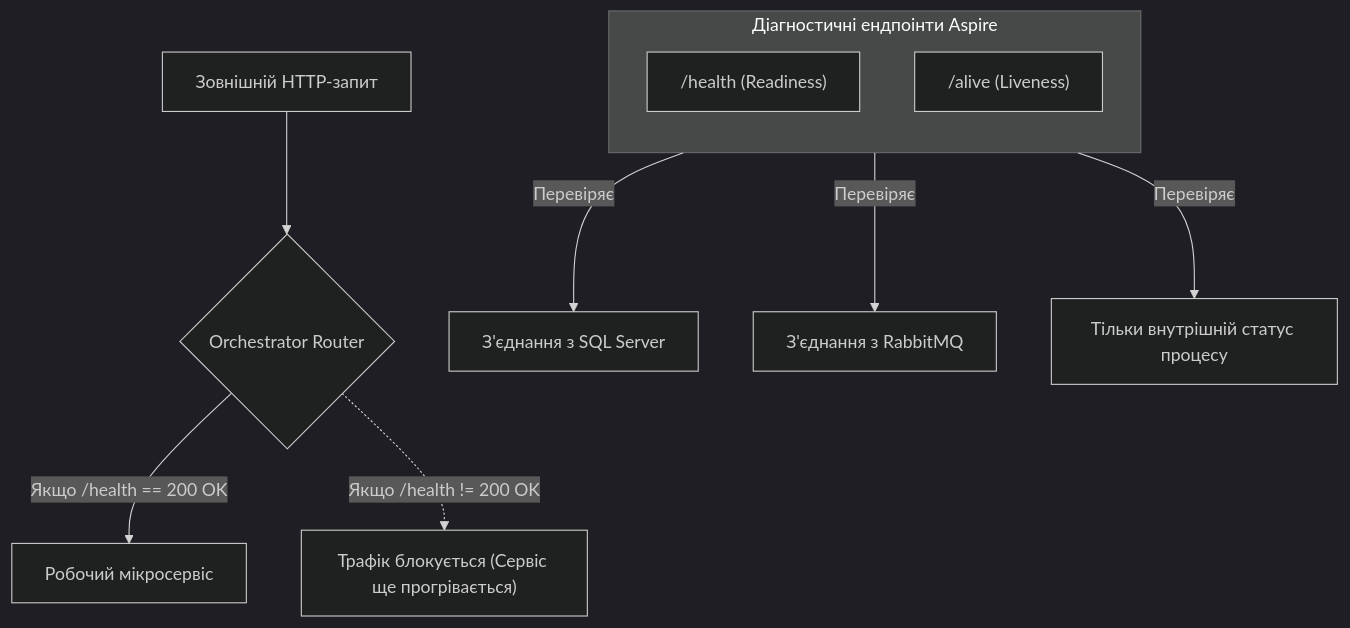
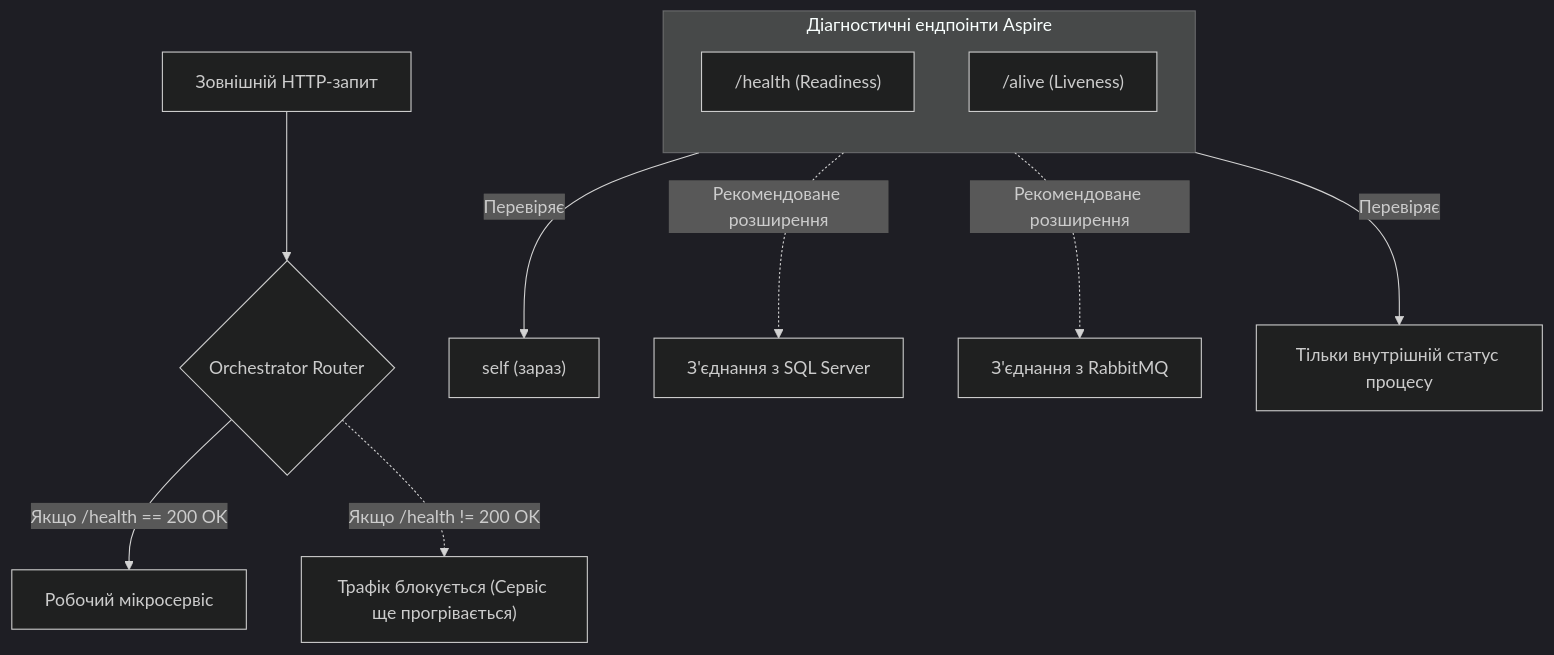
One commit to MrTomkaYurii/Demo-CargoDeliveryService changed the sixth of 8 diagrams in 02-Microservices-Craftsman/02-01-Aspire-Documentation/02-01-Aspire-MasterClass.md. Above: the diagram before and after it, drawn with Mermaid (dark theme). The commit also changed other lines of this file and 227 other files, not shown here.

````diff
--- a/02-Microservices-Craftsman/02-01-Aspire-Documentation/02-01-Aspire-MasterClass.md
+++ b/02-Microservices-Craftsman/02-01-Aspire-Documentation/02-01-Aspire-MasterClass.md
@@ -559,17 +608,18 @@
 ```mermaid
 flowchart TD
     Req["Зовнішній HTTP-запит"] --> Router{Orchestrator Router}
     
     subgraph HealthChecks ["Діагностичні ендпоінти Aspire"]
         direction TB
         HC["/health (Readiness)"]
         AL["/alive (Liveness)"]
     end
 
-    HC -->|Перевіряє| DBCheck["З'єднання з SQL Server"]
-    HC -->|Перевіряє| RMQCheck["З'єднання з RabbitMQ"]
+    HC -->|Перевіряє| Self2["self (зараз)"]
+    HC -.->|Рекомендоване розширення| DBCheck["З'єднання з SQL Server"]
+    HC -.->|Рекомендоване розширення| RMQCheck["З'єднання з RabbitMQ"]
     AL -->|Перевіряє| Self["Тільки внутрішній статус процесу"]
 
     Router -->|Якщо /health == 200 OK| Service["Робочий мікросервіс"]
     Router -.->|Якщо /health != 200 OK| Fallback["Трафік блокується (Сервіс ще прогрівається)"]
 ```
````
